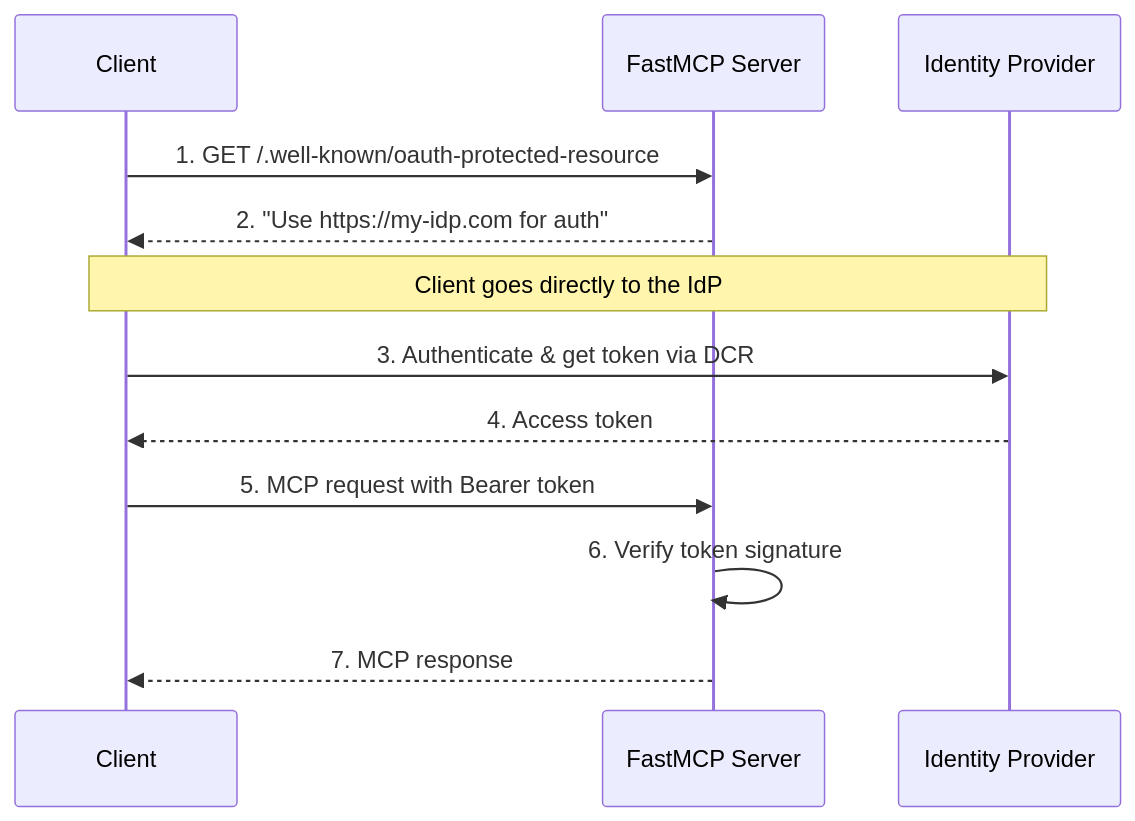
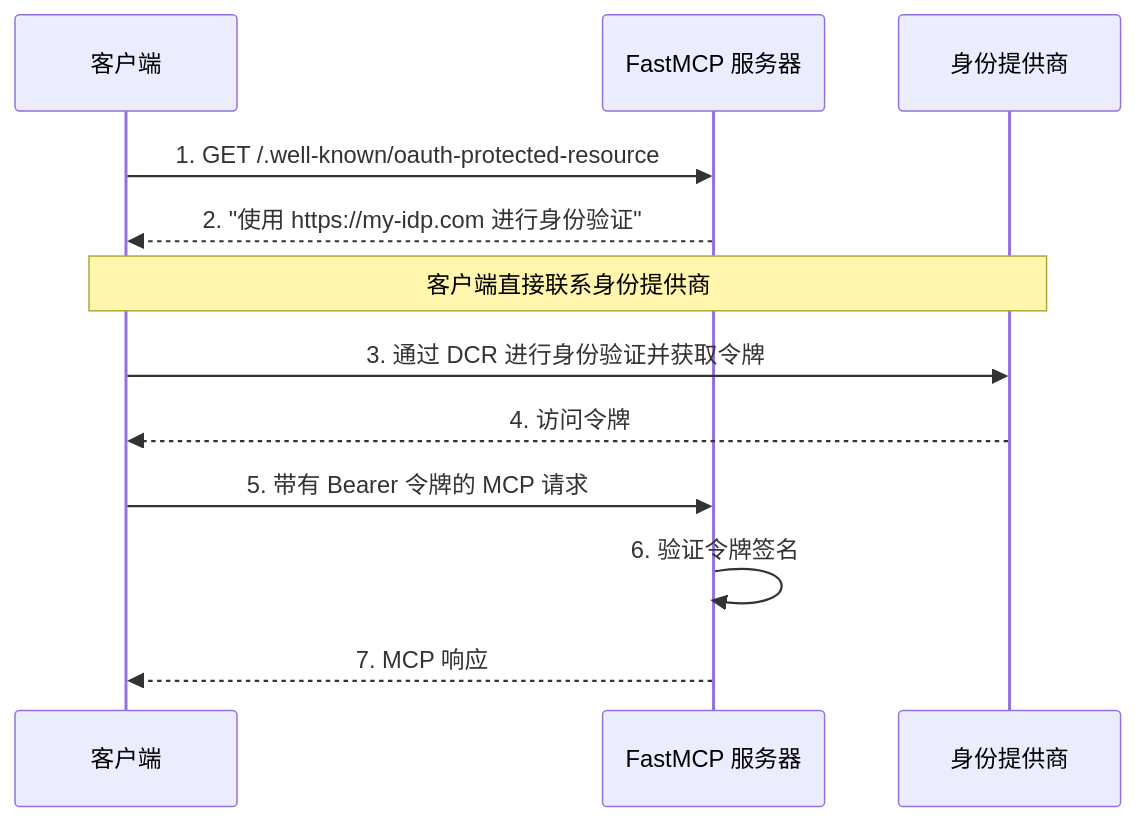
Before and after one commit to Gu-f/FastmcpDocs: the diagram in i18n/zh/servers/auth/remote-oauth.mdx, drawn with Mermaid. The commit also changed other lines of this file and 13 other files, not shown here.

````diff
--- a/i18n/zh/servers/auth/remote-oauth.mdx
+++ b/i18n/zh/servers/auth/remote-oauth.mdx
@@ -41,17 +41,17 @@
 ```mermaid
 sequenceDiagram
-    participant Client
-    participant FastMCPServer as FastMCP Server
-    participant ExternalIdP as Identity Provider
+    participant Client as 客户端
+    participant FastMCPServer as FastMCP 服务器
+    participant ExternalIdP as 身份提供商
 
     Client->>FastMCPServer: 1. GET /.well-known/oauth-protected-resource
-    FastMCPServer-->>Client: 2. "Use https://my-idp.com for auth"
+    FastMCPServer-->>Client: 2. "使用 https://my-idp.com 进行身份验证"
     
-    note over Client, ExternalIdP: Client goes directly to the IdP
-    Client->>ExternalIdP: 3. Authenticate & get token via DCR
-    ExternalIdP-->>Client: 4. Access token
+    note over Client, ExternalIdP: 客户端直接联系身份提供商
+    Client->>ExternalIdP: 3. 通过 DCR 进行身份验证并获取令牌
+    ExternalIdP-->>Client: 4. 访问令牌
     
-    Client->>FastMCPServer: 5. MCP request with Bearer token
-    FastMCPServer->>FastMCPServer: 6. Verify token signature
-    FastMCPServer-->>Client: 7. MCP response
+    Client->>FastMCPServer: 5. 带有 Bearer 令牌的 MCP 请求
+    FastMCPServer->>FastMCPServer: 6. 验证令牌签名
+    FastMCPServer-->>Client: 7. MCP 响应
 ```
````
